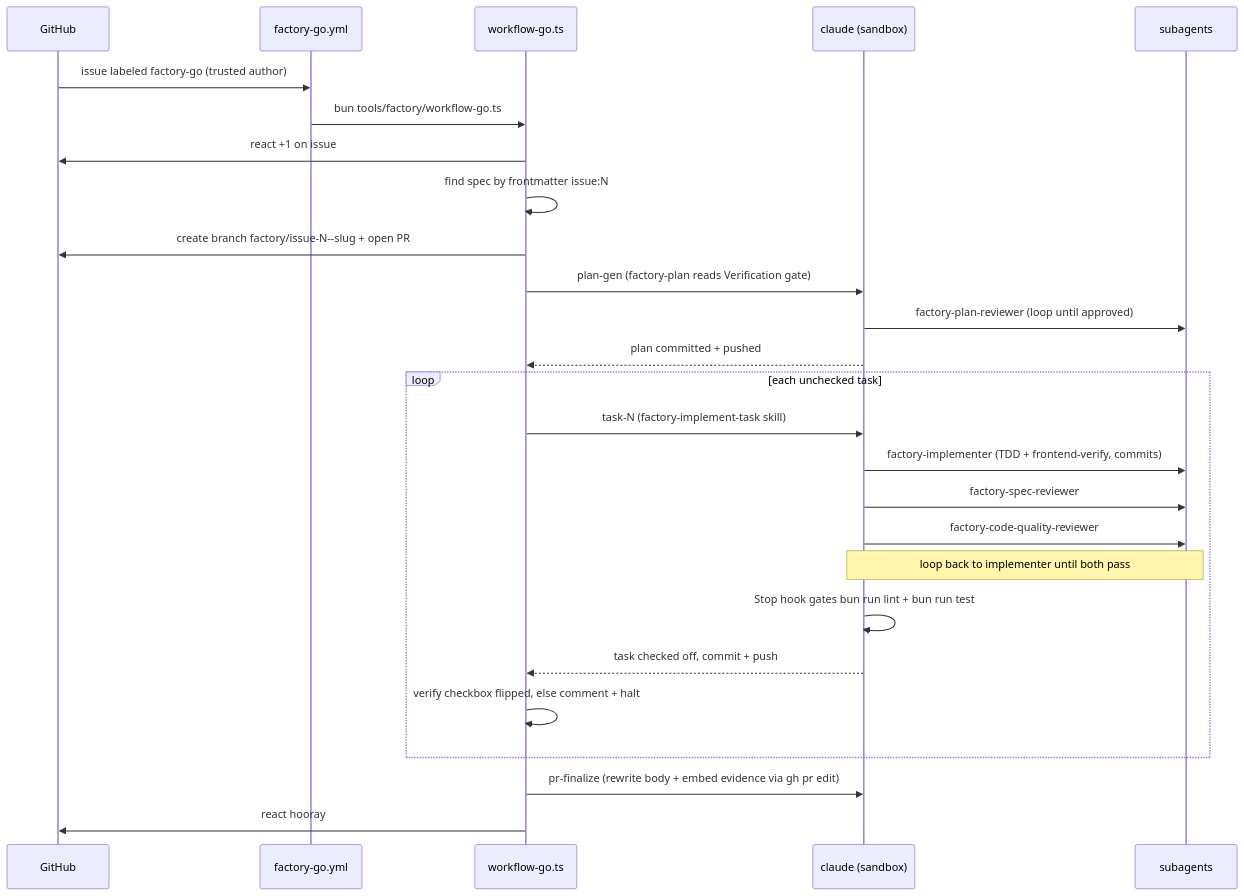
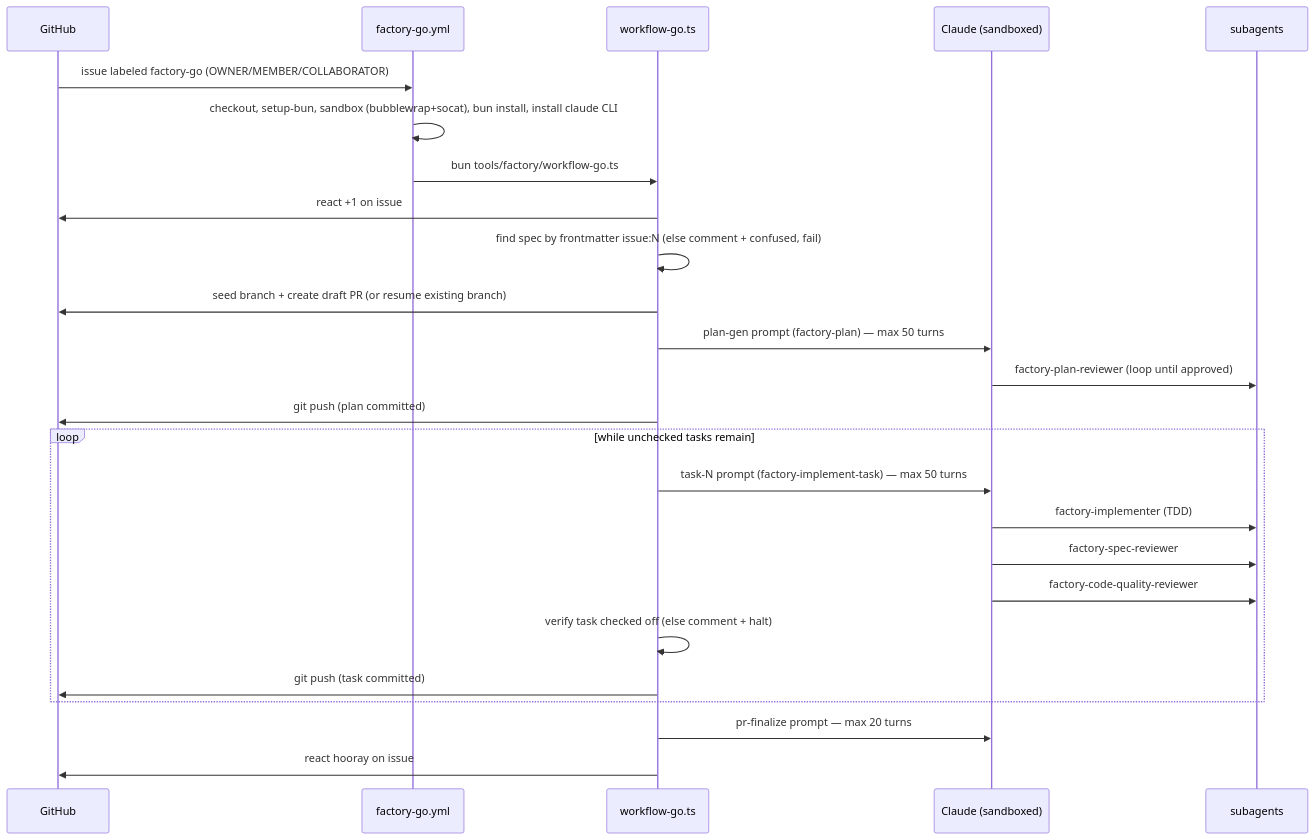
One commit to jost-kuenzel/claude-workshop changed the second of 2 diagrams in docs/factory/factory-process-guide.md. Above: the diagram before and after it, drawn with Mermaid. The commit also changed other lines of this file and 30 other files, not shown here.

````diff
--- a/docs/factory/factory-process-guide.md
+++ b/docs/factory/factory-process-guide.md
@@ -258,29 +142,28 @@
 ```mermaid
 sequenceDiagram
-    participant GH as GitHub
-    participant WF as factory-go.yml
-    participant ORCH as workflow-go.ts
-    participant CLA as claude (sandbox)
-    participant SUB as subagents
+  participant GH as GitHub
+  participant WF as factory-go.yml
+  participant GO as workflow-go.ts
+  participant CL as Claude (sandboxed)
+  participant AG as subagents
 
-    GH->>WF: issue labeled factory-go (trusted author)
-    WF->>ORCH: bun tools/factory/workflow-go.ts
-    ORCH->>GH: react +1 on issue
-    ORCH->>ORCH: find spec by frontmatter issue:N
-    ORCH->>GH: create branch factory/issue-N--slug + open PR
-    ORCH->>CLA: plan-gen (factory-plan reads Verification gate)
-    CLA->>SUB: factory-plan-reviewer (loop until approved)
-    CLA-->>ORCH: plan committed + pushed
-    loop each unchecked task
-        ORCH->>CLA: task-N (factory-implement-task skill)
-        CLA->>SUB: factory-implementer (TDD + frontend-verify, commits)
-        CLA->>SUB: factory-spec-reviewer
-        CLA->>SUB: factory-code-quality-reviewer
-        Note over CLA,SUB: loop back to implementer until both pass
-        CLA->>CLA: Stop hook gates bun run lint + bun run test
-        CLA-->>ORCH: task checked off, commit + push
-        ORCH->>ORCH: verify checkbox flipped, else comment + halt
-    end
-    ORCH->>CLA: pr-finalize (rewrite body + embed evidence via gh pr edit)
-    ORCH->>GH: react hooray
+  GH->>WF: issue labeled factory-go (OWNER/MEMBER/COLLABORATOR)
+  WF->>WF: checkout, setup-bun, sandbox (bubblewrap+socat), bun install, install claude CLI
+  WF->>GO: bun tools/factory/workflow-go.ts
+  GO->>GH: react +1 on issue
+  GO->>GO: find spec by frontmatter issue:N (else comment + confused, fail)
+  GO->>GH: seed branch + create draft PR (or resume existing branch)
+  GO->>CL: plan-gen prompt (factory-plan) — max 50 turns
+  CL->>AG: factory-plan-reviewer (loop until approved)
+  GO->>GH: git push (plan committed)
+  loop while unchecked tasks remain
+    GO->>CL: task-N prompt (factory-implement-task) — max 50 turns
+    CL->>AG: factory-implementer (TDD)
+    CL->>AG: factory-spec-reviewer
+    CL->>AG: factory-code-quality-reviewer
+    GO->>GO: verify task checked off (else comment + halt)
+    GO->>GH: git push (task committed)
+  end
+  GO->>CL: pr-finalize prompt — max 20 turns
+  GO->>GH: react hooray on issue
 ```
````
